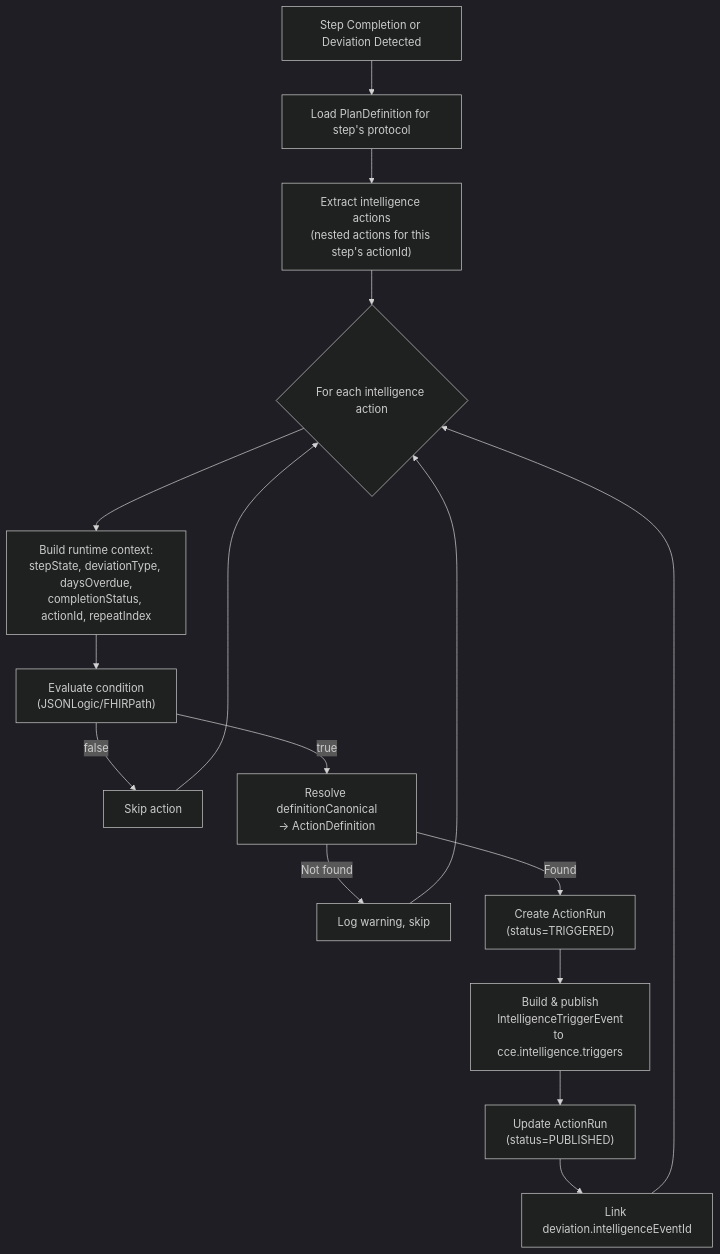
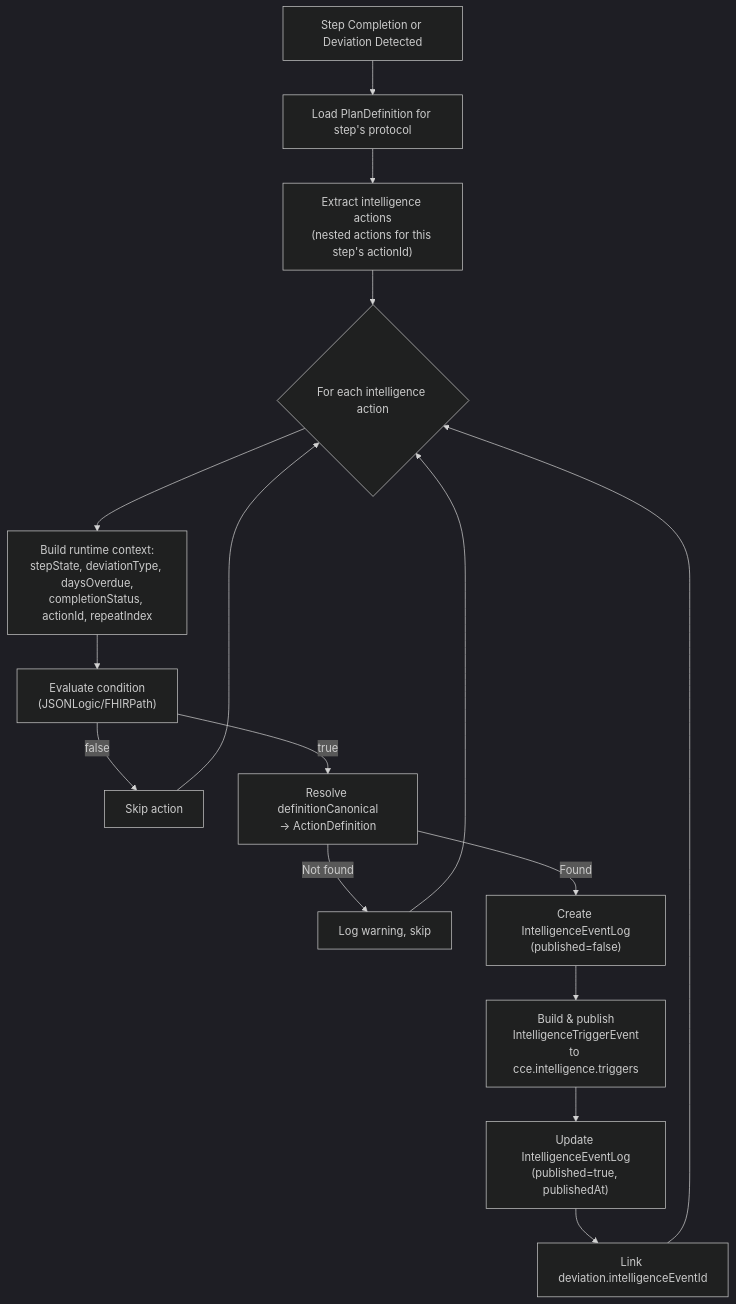
One commit to Jayaprakash8887/cce-compliance-service changed the seventh of 8 diagrams in docs/architecture-overview.md. Above: the diagram before and after it, drawn with Mermaid (dark theme). The commit also changed other lines of this file and 31 other files, not shown here.

Commit message:
Removal of action_run and action_run_context tables. Creation of intelligence_event_log  table.

````diff
--- a/docs/architecture-overview.md
+++ b/docs/architecture-overview.md
@@ -473,22 +473,22 @@
 ```mermaid
 flowchart TD
     TRIGGER["Step Completion or Deviation Detected"] --> LOAD["Load PlanDefinition for step's protocol"]
     LOAD --> EXTRACT["Extract intelligence actions<br/>(nested actions for this step's actionId)"]
     EXTRACT --> LOOP{"For each intelligence action"}
 
     LOOP --> BUILD["Build runtime context:<br/>stepState, deviationType, daysOverdue,<br/>completionStatus, actionId, repeatIndex"]
     BUILD --> EVAL["Evaluate condition<br/>(JSONLogic/FHIRPath)"]
 
     EVAL -->|"false"| SKIP["Skip action"]
     EVAL -->|"true"| RESOLVE["Resolve definitionCanonical<br/>→ ActionDefinition"]
 
     RESOLVE -->|"Not found"| LOG_SKIP["Log warning, skip"]
-    RESOLVE -->|"Found"| RUN["Create ActionRun<br/>(status=TRIGGERED)"]
+    RESOLVE -->|"Found"| RUN["Create IntelligenceEventLog<br/>(published=false)"]
     RUN --> PUB["Build & publish<br/>IntelligenceTriggerEvent<br/>to cce.intelligence.triggers"]
-    PUB --> UPDATE["Update ActionRun<br/>(status=PUBLISHED)"]
+    PUB --> UPDATE["Update IntelligenceEventLog<br/>(published=true, publishedAt)"]
     UPDATE --> LINK["Link deviation.intelligenceEventId"]
 
     SKIP --> LOOP
     LOG_SKIP --> LOOP
     LINK --> LOOP
 ```
````
